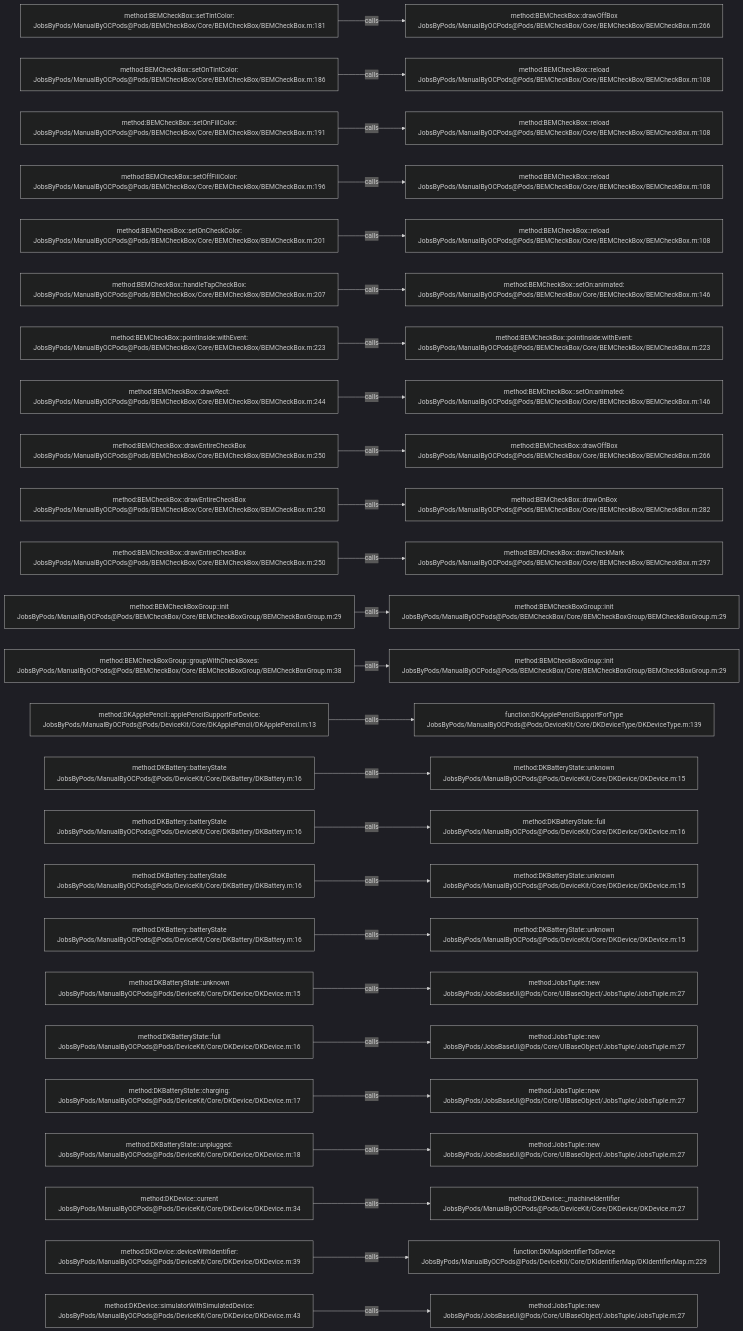
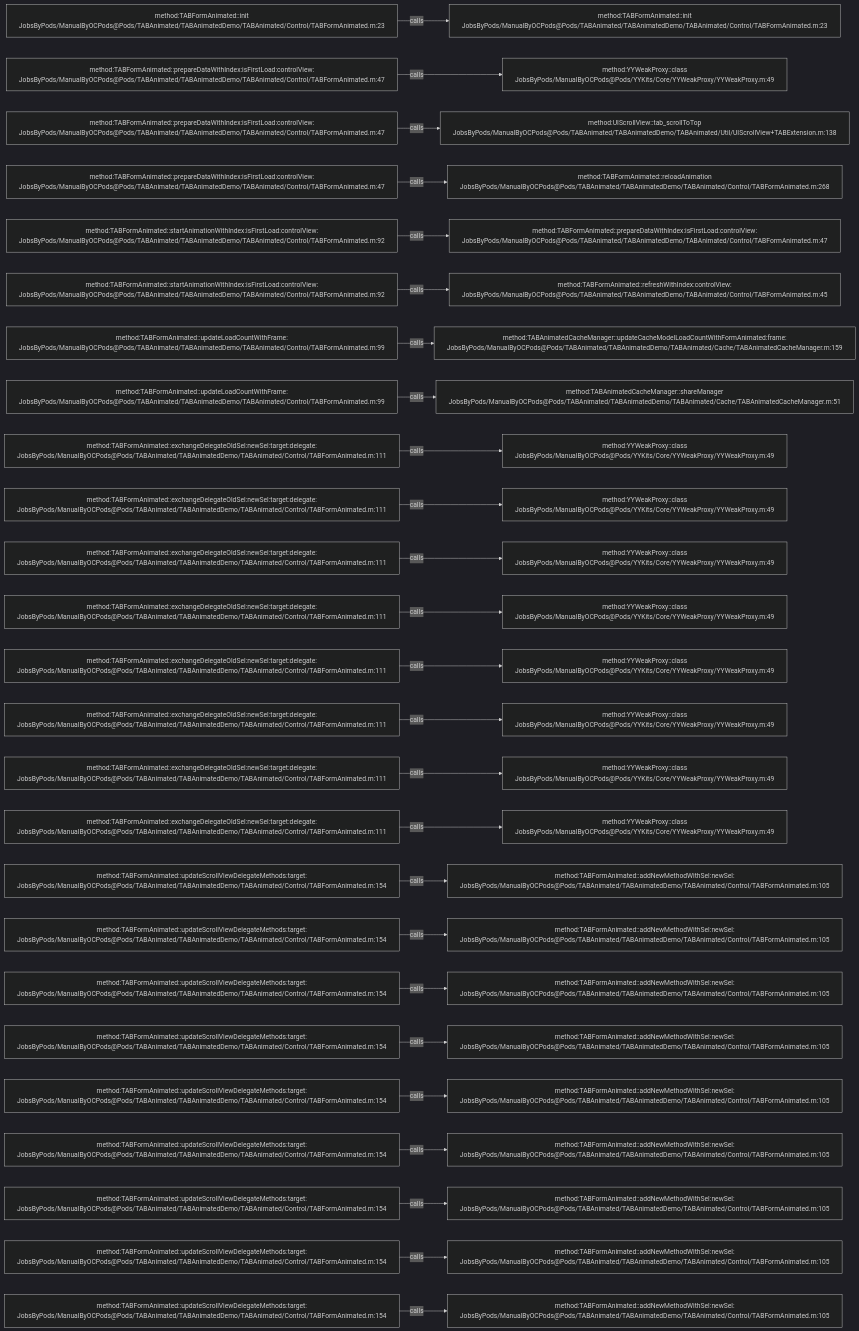
The diagram in .codegraph/codegraph.md/graphs/calls-187.md (JobsKits/JobsOCBaseConfigDemo), drawn with Mermaid (dark theme) before and after one commit. The commit also changed 639 other files, not shown here.

````diff
--- a/.codegraph/codegraph.md/graphs/calls-187.md
+++ b/.codegraph/codegraph.md/graphs/calls-187.md
@@ -13,78 +13,78 @@
 ```mermaid
 flowchart LR
-  S1["method:BEMCheckBox::setTintColor:<br/>JobsByPods/ManualByOCPods@Pods/BEMCheckBox/Core/BEMCheckBox/BEMCheckBox.m:181"]
-  T1["method:BEMCheckBox::drawOffBox<br/>JobsByPods/ManualByOCPods@Pods/BEMCheckBox/Core/BEMCheckBox/BEMCheckBox.m:266"]
+  S1["method:TABFormAnimated::init<br/>JobsByPods/ManualByOCPods@Pods/TABAnimated/TABAnimatedDemo/TABAnimated/Control/TABFormAnimated.m:23"]
+  T1["method:TABFormAnimated::init<br/>JobsByPods/ManualByOCPods@Pods/TABAnimated/TABAnimatedDemo/TABAnimated/Control/TABFormAnimated.m:23"]
   S1 -->|calls| T1
-  S2["method:BEMCheckBox::setOnTintColor:<br/>JobsByPods/ManualByOCPods@Pods/BEMCheckBox/Core/BEMCheckBox/BEMCheckBox.m:186"]
-  T2["method:BEMCheckBox::reload<br/>JobsByPods/ManualByOCPods@Pods/BEMCheckBox/Core/BEMCheckBox/BEMCheckBox.m:108"]
+  S2["method:TABFormAnimated::prepareDataWithIndex:isFirstLoad:controlView:<br/>JobsByPods/ManualByOCPods@Pods/TABAnimated/TABAnimatedDemo/TABAnimated/Control/TABFormAnimated.m:47"]
+  T2["method:YYWeakProxy::class<br/>JobsByPods/ManualByOCPods@Pods/YYKits/Core/YYWeakProxy/YYWeakProxy.m:49"]
   S2 -->|calls| T2
-  S3["method:BEMCheckBox::setOnFillColor:<br/>JobsByPods/ManualByOCPods@Pods/BEMCheckBox/Core/BEMCheckBox/BEMCheckBox.m:191"]
-  T3["method:BEMCheckBox::reload<br/>JobsByPods/ManualByOCPods@Pods/BEMCheckBox/Core/BEMCheckBox/BEMCheckBox.m:108"]
+  S3["method:TABFormAnimated::prepareDataWithIndex:isFirstLoad:controlView:<br/>JobsByPods/ManualByOCPods@Pods/TABAnimated/TABAnimatedDemo/TABAnimated/Control/TABFormAnimated.m:47"]
+  T3["method:UIScrollView::tab_scrollToTop<br/>JobsByPods/ManualByOCPods@Pods/TABAnimated/TABAnimatedDemo/TABAnimated/Util/UIScrollView+TABExtension.m:138"]
   S3 -->|calls| T3
-  S4["method:BEMCheckBox::setOffFillColor:<br/>JobsByPods/ManualByOCPods@Pods/BEMCheckBox/Core/BEMCheckBox/BEMCheckBox.m:196"]
-  T4["method:BEMCheckBox::reload<br/>JobsByPods/ManualByOCPods@Pods/BEMCheckBox/Core/BEMCheckBox/BEMCheckBox.m:108"]
+  S4["method:TABFormAnimated::prepareDataWithIndex:isFirstLoad:controlView:<br/>JobsByPods/ManualByOCPods@Pods/TABAnimated/TABAnimatedDemo/TABAnimated/Control/TABFormAnimated.m:47"]
+  T4["method:TABFormAnimated::reloadAnimation<br/>JobsByPods/ManualByOCPods@Pods/TABAnimated/TABAnimatedDemo/TABAnimated/Control/TABFormAnimated.m:268"]
   S4 -->|calls| T4
-  S5["method:BEMCheckBox::setOnCheckColor:<br/>JobsByPods/ManualByOCPods@Pods/BEMCheckBox/Core/BEMCheckBox/BEMCheckBox.m:201"]
-  T5["method:BEMCheckBox::reload<br/>JobsByPods/ManualByOCPods@Pods/BEMCheckBox/Core/BEMCheckBox/BEMCheckBox.m:108"]
+  S5["method:TABFormAnimated::startAnimationWithIndex:isFirstLoad:controlView:<br/>JobsByPods/ManualByOCPods@Pods/TABAnimated/TABAnimatedDemo/TABAnimated/Control/TABFormAnimated.m:92"]
+  T5["method:TABFormAnimated::prepareDataWithIndex:isFirstLoad:controlView:<br/>JobsByPods/ManualByOCPods@Pods/TABAnimated/TABAnimatedDemo/TABAnimated/Control/TABFormAnimated.m:47"]
   S5 -->|calls| T5
-  S6["method:BEMCheckBox::handleTapCheckBox:<br/>JobsByPods/ManualByOCPods@Pods/BEMCheckBox/Core/BEMCheckBox/BEMCheckBox.m:207"]
-  T6["method:BEMCheckBox::setOn:animated:<br/>JobsByPods/ManualByOCPods@Pods/BEMCheckBox/Core/BEMCheckBox/BEMCheckBox.m:146"]
+  S6["method:TABFormAnimated::startAnimationWithIndex:isFirstLoad:controlView:<br/>JobsByPods/ManualByOCPods@Pods/TABAnimated/TABAnimatedDemo/TABAnimated/Control/TABFormAnimated.m:92"]
+  T6["method:TABFormAnimated::refreshWithIndex:controlView:<br/>JobsByPods/ManualByOCPods@Pods/TABAnimated/TABAnimatedDemo/TABAnimated/Control/TABFormAnimated.m:45"]
   S6 -->|calls| T6
-  S7["method:BEMCheckBox::pointInside:withEvent:<br/>JobsByPods/ManualByOCPods@Pods/BEMCheckBox/Core/BEMCheckBox/BEMCheckBox.m:223"]
-  T7["method:BEMCheckBox::pointInside:withEvent:<br/>JobsByPods/ManualByOCPods@Pods/BEMCheckBox/Core/BEMCheckBox/BEMCheckBox.m:223"]
+  S7["method:TABFormAnimated::updateLoadCountWithFrame:<br/>JobsByPods/ManualByOCPods@Pods/TABAnimated/TABAnimatedDemo/TABAnimated/Control/TABFormAnimated.m:99"]
+  T7["method:TABAnimatedCacheManager::updateCacheModelLoadCountWithFormAnimated:frame:<br/>JobsByPods/ManualByOCPods@Pods/TABAnimated/TABAnimatedDemo/TABAnimated/Cache/TABAnimatedCacheManager.m:159"]
   S7 -->|calls| T7
-  S8["method:BEMCheckBox::drawRect:<br/>JobsByPods/ManualByOCPods@Pods/BEMCheckBox/Core/BEMCheckBox/BEMCheckBox.m:244"]
-  T8["method:BEMCheckBox::setOn:animated:<br/>JobsByPods/ManualByOCPods@Pods/BEMCheckBox/Core/BEMCheckBox/BEMCheckBox.m:146"]
+  S8["method:TABFormAnimated::updateLoadCountWithFrame:<br/>JobsByPods/ManualByOCPods@Pods/TABAnimated/TABAnimatedDemo/TABAnimated/Control/TABFormAnimated.m:99"]
+  T8["method:TABAnimatedCacheManager::shareManager<br/>JobsByPods/ManualByOCPods@Pods/TABAnimated/TABAnimatedDemo/TABAnimated/Cache/TABAnimatedCacheManager.m:51"]
   S8 -->|calls| T8
-  S9["method:BEMCheckBox::drawEntireCheckBox<br/>JobsByPods/ManualByOCPods@Pods/BEMCheckBox/Core/BEMCheckBox/BEMCheckBox.m:250"]
-  T9["method:BEMCheckBox::drawOffBox<br/>JobsByPods/ManualByOCPods@Pods/BEMCheckBox/Core/BEMCheckBox/BEMCheckBox.m:266"]
+  S9["method:TABFormAnimated::exchangeDelegateOldSel:newSel:target:delegate:<br/>JobsByPods/ManualByOCPods@Pods/TABAnimated/TABAnimatedDemo/TABAnimated/Control/TABFormAnimated.m:111"]
+  T9["method:YYWeakProxy::class<br/>JobsByPods/ManualByOCPods@Pods/YYKits/Core/YYWeakProxy/YYWeakProxy.m:49"]
   S9 -->|calls| T9
-  S10["method:BEMCheckBox::drawEntireCheckBox<br/>JobsByPods/ManualByOCPods@Pods/BEMCheckBox/Core/BEMCheckBox/BEMCheckBox.m:250"]
-  T10["method:BEMCheckBox::drawOnBox<br/>JobsByPods/ManualByOCPods@Pods/BEMCheckBox/Core/BEMCheckBox/BEMCheckBox.m:282"]
+  S10["method:TABFormAnimated::exchangeDelegateOldSel:newSel:target:delegate:<br/>JobsByPods/ManualByOCPods@Pods/TABAnimated/TABAnimatedDemo/TABAnimated/Control/TABFormAnimated.m:111"]
+  T10["method:YYWeakProxy::class<br/>JobsByPods/ManualByOCPods@Pods/YYKits/Core/YYWeakProxy/YYWeakProxy.m:49"]
   S10 -->|calls| T10
-  S11["method:BEMCheckBox::drawEntireCheckBox<br/>JobsByPods/ManualByOCPods@Pods/BEMCheckBox/Core/BEMCheckBox/BEMCheckBox.m:250"]
-  T11["method:BEMCheckBox::drawCheckMark<br/>JobsByPods/ManualByOCPods@Pods/BEMCheckBox/Core/BEMCheckBox/BEMCheckBox.m:297"]
+  S11["method:TABFormAnimated::exchangeDelegateOldSel:newSel:target:delegate:<br/>JobsByPods/ManualByOCPods@Pods/TABAnimated/TABAnimatedDemo/TABAnimated/Control/TABFormAnimated.m:111"]
+  T11["method:YYWeakProxy::class<br/>JobsByPods/ManualByOCPods@Pods/YYKits/Core/YYWeakProxy/YYWeakProxy.m:49"]
   S11 -->|calls| T11
-  S12["method:BEMCheckBoxGroup::init<br/>JobsByPods/ManualByOCPods@Pods/BEMCheckBox/Core/BEMCheckBoxGroup/BEMCheckBoxGroup.m:29"]
-  T12["method:BEMCheckBoxGroup::init<br/>JobsByPods/ManualByOCPods@Pods/BEMCheckBox/Core/BEMCheckBoxGroup/BEMCheckBoxGroup.m:29"]
+  S12["method:TABFormAnimated::exchangeDelegateOldSel:newSel:target:delegate:<br/>JobsByPods/ManualByOCPods@Pods/TABAnimated/TABAnimatedDemo/TABAnimated/Control/TABFormAnimated.m:111"]
+  T12["method:YYWeakProxy::class<br/>JobsByPods/ManualByOCPods@Pods/YYKits/Core/YYWeakProxy/YYWeakProxy.m:49"]
   S12 -->|calls| T12
-  S13["method:BEMCheckBoxGroup::groupWithCheckBoxes:<br/>JobsByPods/ManualByOCPods@Pods/BEMCheckBox/Core/BEMCheckBoxGroup/BEMCheckBoxGroup.m:38"]
-  T13["method:BEMCheckBoxGroup::init<br/>JobsByPods/ManualByOCPods@Pods/BEMCheckBox/Core/BEMCheckBoxGroup/BEMCheckBoxGroup.m:29"]
+  S13["method:TABFormAnimated::exchangeDelegateOldSel:newSel:target:delegate:<br/>JobsByPods/ManualByOCPods@Pods/TABAnimated/TABAnimatedDemo/TABAnimated/Control/TABFormAnimated.m:111"]
+  T13["method:YYWeakProxy::class<br/>JobsByPods/ManualByOCPods@Pods/YYKits/Core/YYWeakProxy/YYWeakProxy.m:49"]
   S13 -->|calls| T13
-  S14["method:DKApplePencil::applePencilSupportForDevice:<br/>JobsByPods/ManualByOCPods@Pods/DeviceKit/Core/DKApplePencil/DKApplePencil.m:13"]
-  T14["function:DKApplePencilSupportForType<br/>JobsByPods/ManualByOCPods@Pods/DeviceKit/Core/DKDeviceType/DKDeviceType.m:139"]
+  S14["method:TABFormAnimated::exchangeDelegateOldSel:newSel:target:delegate:<br/>JobsByPods/ManualByOCPods@Pods/TABAnimated/TABAnimatedDemo/TABAnimated/Control/TABFormAnimated.m:111"]
+  T14["method:YYWeakProxy::class<br/>JobsByPods/ManualByOCPods@Pods/YYKits/Core/YYWeakProxy/YYWeakProxy.m:49"]
   S14 -->|calls| T14
-  S15["method:DKBattery::batteryState<br/>JobsByPods/ManualByOCPods@Pods/DeviceKit/Core/DKBattery/DKBattery.m:16"]
-  T15["method:DKBatteryState::unknown<br/>JobsByPods/ManualByOCPods@Pods/DeviceKit/Core/DKDevice/DKDevice.m:15"]
+  S15["method:TABFormAnimated::exchangeDelegateOldSel:newSel:target:delegate:<br/>JobsByPods/ManualByOCPods@Pods/TABAnimated/TABAnimatedDemo/TABAnimated/Control/TABFormAnimated.m:111"]
+  T15["method:YYWeakProxy::class<br/>JobsByPods/ManualByOCPods@Pods/YYKits/Core/YYWeakProxy/YYWeakProxy.m:49"]
   S15 -->|calls| T15
-  S16["method:DKBattery::batteryState<br/>JobsByPods/ManualByOCPods@Pods/DeviceKit/Core/DKBattery/DKBattery.m:16"]
-  T16["method:DKBatteryState::full<br/>JobsByPods/ManualByOCPods@Pods/DeviceKit/Core/DKDevice/DKDevice.m:16"]
+  S16["method:TABFormAnimated::exchangeDelegateOldSel:newSel:target:delegate:<br/>JobsByPods/ManualByOCPods@Pods/TABAnimated/TABAnimatedDemo/TABAnimated/Control/TABFormAnimated.m:111"]
+  T16["method:YYWeakProxy::class<br/>JobsByPods/ManualByOCPods@Pods/YYKits/Core/YYWeakProxy/YYWeakProxy.m:49"]
   S16 -->|calls| T16
-  S17["method:DKBattery::batteryState<br/>JobsByPods/ManualByOCPods@Pods/DeviceKit/Core/DKBattery/DKBattery.m:16"]
-  T17["method:DKBatteryState::unknown<br/>JobsByPods/ManualByOCPods@Pods/DeviceKit/Core/DKDevice/DKDevice.m:15"]
+  S17["method:TABFormAnimated::updateScrollViewDelegateMethods:target:<br/>JobsByPods/ManualByOCPods@Pods/TABAnimated/TABAnimatedDemo/TABAnimated/Control/TABFormAnimated.m:154"]
+  T17["method:TABFormAnimated::addNewMethodWithSel:newSel:<br/>JobsByPods/ManualByOCPods@Pods/TABAnimated/TABAnimatedDemo/TABAnimated/Control/TABFormAnimated.m:105"]
   S17 -->|calls| T17
-  S18["method:DKBattery::batteryState<br/>JobsByPods/ManualByOCPods@Pods/DeviceKit/Core/DKBattery/DKBattery.m:16"]
-  T18["method:DKBatteryState::unknown<br/>JobsByPods/ManualByOCPods@Pods/DeviceKit/Core/DKDevice/DKDevice.m:15"]
+  S18["method:TABFormAnimated::updateScrollViewDelegateMethods:target:<br/>JobsByPods/ManualByOCPods@Pods/TABAnimated/TABAnimatedDemo/TABAnimated/Control/TABFormAnimated.m:154"]
+  T18["method:TABFormAnimated::addNewMethodWithSel:newSel:<br/>JobsByPods/ManualByOCPods@Pods/TABAnimated/TABAnimatedDemo/TABAnimated/Control/TABFormAnimated.m:105"]
   S18 -->|calls| T18
-  S19["method:DKBatteryState::unknown<br/>JobsByPods/ManualByOCPods@Pods/DeviceKit/Core/DKDevice/DKDevice.m:15"]
-  T19["method:JobsTuple::new<br/>JobsByPods/JobsBaseUI@Pods/Core/UIBaseObject/JobsTuple/JobsTuple.m:27"]
+  S19["method:TABFormAnimated::updateScrollViewDelegateMethods:target:<br/>JobsByPods/ManualByOCPods@Pods/TABAnimated/TABAnimatedDemo/TABAnimated/Control/TABFormAnimated.m:154"]
+  T19["method:TABFormAnimated::addNewMethodWithSel:newSel:<br/>JobsByPods/ManualByOCPods@Pods/TABAnimated/TABAnimatedDemo/TABAnimated/Control/TABFormAnimated.m:105"]
   S19 -->|calls| T19
-  S20["method:DKBatteryState::full<br/>JobsByPods/ManualByOCPods@Pods/DeviceKit/Core/DKDevice/DKDevice.m:16"]
-  T20["method:JobsTuple::new<br/>JobsByPods/JobsBaseUI@Pods/Core/UIBaseObject/JobsTuple/JobsTuple.m:27"]
+  S20["method:TABFormAnimated::updateScrollViewDelegateMethods:target:<br/>JobsByPods/ManualByOCPods@Pods/TABAnimated/TABAnimatedDemo/TABAnimated/Control/TABFormAnimated.m:154"]
+  T20["method:TABFormAnimated::addNewMethodWithSel:newSel:<br/>JobsByPods/ManualByOCPods@Pods/TABAnimated/TABAnimatedDemo/TABAnimated/Control/TABFormAnimated.m:105"]
   S20 -->|calls| T20
-  S21["method:DKBatteryState::charging:<br/>JobsByPods/ManualByOCPods@Pods/DeviceKit/Core/DKDevice/DKDevice.m:17"]
-  T21["method:JobsTuple::new<br/>JobsByPods/JobsBaseUI@Pods/Core/UIBaseObject/JobsTuple/JobsTuple.m:27"]
+  S21["method:TABFormAnimated::updateScrollViewDelegateMethods:target:<br/>JobsByPods/ManualByOCPods@Pods/TABAnimated/TABAnimatedDemo/TABAnimated/Control/TABFormAnimated.m:154"]
+  T21["method:TABFormAnimated::addNewMethodWithSel:newSel:<br/>JobsByPods/ManualByOCPods@Pods/TABAnimated/TABAnimatedDemo/TABAnimated/Control/TABFormAnimated.m:105"]
   S21 -->|calls| T21
-  S22["method:DKBatteryState::unplugged:<br/>JobsByPods/ManualByOCPods@Pods/DeviceKit/Core/DKDevice/DKDevice.m:18"]
-  T22["method:JobsTuple::new<br/>JobsByPods/JobsBaseUI@Pods/Core/UIBaseObject/JobsTuple/JobsTuple.m:27"]
+  S22["method:TABFormAnimated::updateScrollViewDelegateMethods:target:<br/>JobsByPods/ManualByOCPods@Pods/TABAnimated/TABAnimatedDemo/TABAnimated/Control/TABFormAnimated.m:154"]
+  T22["method:TABFormAnimated::addNewMethodWithSel:newSel:<br/>JobsByPods/ManualByOCPods@Pods/TABAnimated/TABAnimatedDemo/TABAnimated/Control/TABFormAnimated.m:105"]
   S22 -->|calls| T22
-  S23["method:DKDevice::current<br/>JobsByPods/ManualByOCPods@Pods/DeviceKit/Core/DKDevice/DKDevice.m:34"]
-  T23["method:DKDevice::_machineIdentifier<br/>JobsByPods/ManualByOCPods@Pods/DeviceKit/Core/DKDevice/DKDevice.m:27"]
+  S23["method:TABFormAnimated::updateScrollViewDelegateMethods:target:<br/>JobsByPods/ManualByOCPods@Pods/TABAnimated/TABAnimatedDemo/TABAnimated/Control/TABFormAnimated.m:154"]
+  T23["method:TABFormAnimated::addNewMethodWithSel:newSel:<br/>JobsByPods/ManualByOCPods@Pods/TABAnimated/TABAnimatedDemo/TABAnimated/Control/TABFormAnimated.m:105"]
   S23 -->|calls| T23
-  S24["method:DKDevice::deviceWithIdentifier:<br/>JobsByPods/ManualByOCPods@Pods/DeviceKit/Core/DKDevice/DKDevice.m:39"]
-  T24["function:DKMapIdentifierToDevice<br/>JobsByPods/ManualByOCPods@Pods/DeviceKit/Core/DKIdentifierMap/DKIdentifierMap.m:229"]
+  S24["method:TABFormAnimated::updateScrollViewDelegateMethods:target:<br/>JobsByPods/ManualByOCPods@Pods/TABAnimated/TABAnimatedDemo/TABAnimated/Control/TABFormAnimated.m:154"]
+  T24["method:TABFormAnimated::addNewMethodWithSel:newSel:<br/>JobsByPods/ManualByOCPods@Pods/TABAnimated/TABAnimatedDemo/TABAnimated/Control/TABFormAnimated.m:105"]
   S24 -->|calls| T24
-  S25["method:DKDevice::simulatorWithSimulatedDevice:<br/>JobsByPods/ManualByOCPods@Pods/DeviceKit/Core/DKDevice/DKDevice.m:43"]
-  T25["method:JobsTuple::new<br/>JobsByPods/JobsBaseUI@Pods/Core/UIBaseObject/JobsTuple/JobsTuple.m:27"]
+  S25["method:TABFormAnimated::updateScrollViewDelegateMethods:target:<br/>JobsByPods/ManualByOCPods@Pods/TABAnimated/TABAnimatedDemo/TABAnimated/Control/TABFormAnimated.m:154"]
+  T25["method:TABFormAnimated::addNewMethodWithSel:newSel:<br/>JobsByPods/ManualByOCPods@Pods/TABAnimated/TABAnimatedDemo/TABAnimated/Control/TABFormAnimated.m:105"]
   S25 -->|calls| T25
 ```
````
